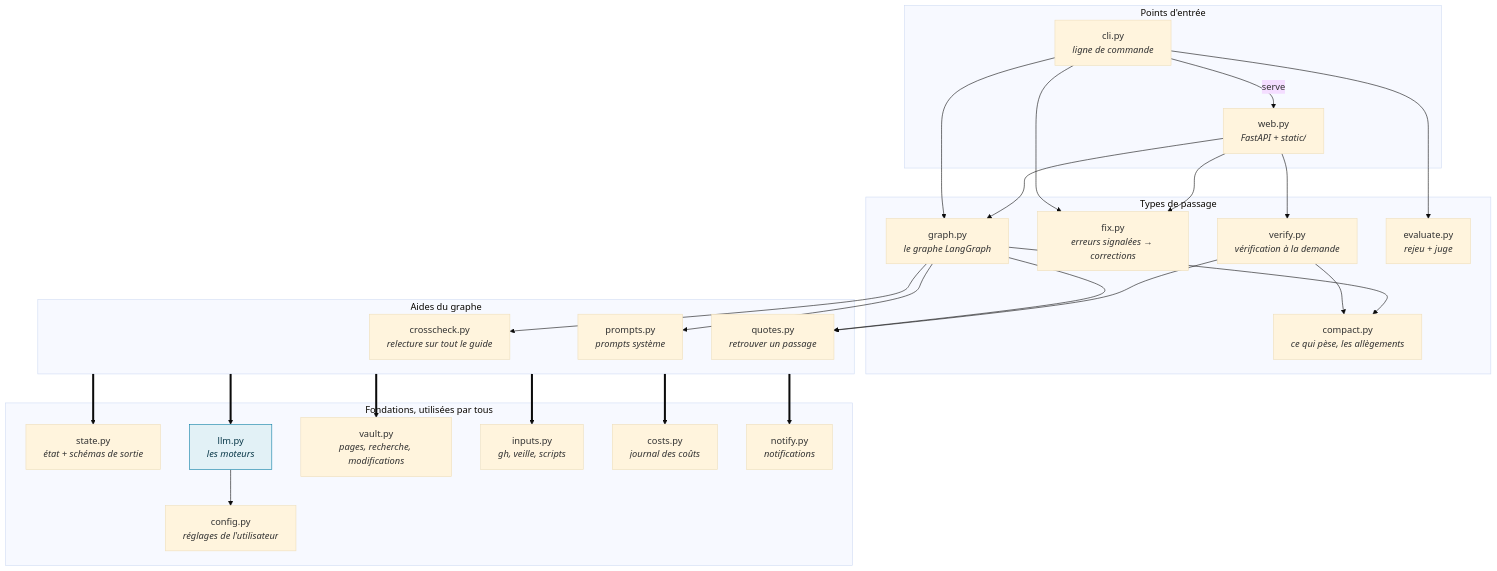
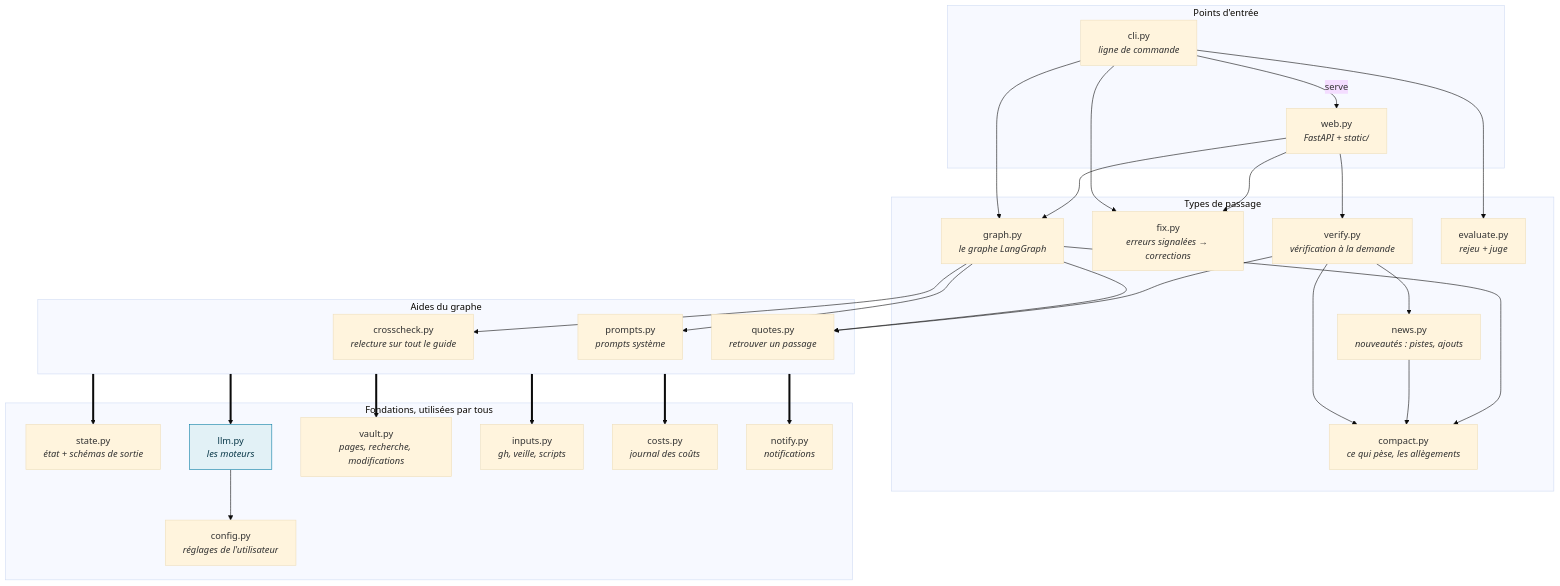
Before and after one commit to DamienBecherini/vault-watch-agent: the first of 6 diagrams in docs/code.fr.md, drawn with Mermaid (base theme). The commit also changed other lines of this file and 18 other files, not shown here.

````diff
--- a/docs/code.fr.md
+++ b/docs/code.fr.md
@@ -19,38 +19,40 @@
 ```mermaid
 flowchart TB
   subgraph entry["Points d'entrée"]
     cli["cli.py<br/><i>ligne de commande</i>"]
     web["web.py<br/><i>FastAPI + static/</i>"]
   end
   subgraph runs["Types de passage"]
     graphpy["graph.py<br/><i>le graphe LangGraph</i>"]
     fix["fix.py<br/><i>erreurs signalées → corrections</i>"]
     verify["verify.py<br/><i>vérification à la demande</i>"]
     compact["compact.py<br/><i>ce qui pèse, les allègements</i>"]
+    news["news.py<br/><i>nouveautés : pistes, ajouts</i>"]
     evaluate["evaluate.py<br/><i>rejeu + juge</i>"]
   end
   subgraph steps["Aides du graphe"]
     crosscheck["crosscheck.py<br/><i>relecture sur tout le guide</i>"]
     prompts["prompts.py<br/><i>prompts système</i>"]
     quotes["quotes.py<br/><i>retrouver un passage</i>"]
   end
   subgraph base["Fondations, utilisées par tous"]
     state["state.py<br/><i>état + schémas de sortie</i>"]
     llm["llm.py<br/><i>les moteurs</i>"]
     config["config.py<br/><i>réglages de l'utilisateur</i>"]
     vault["vault.py<br/><i>pages, recherche, modifications</i>"]
     inputs["inputs.py<br/><i>gh, veille, scripts</i>"]
     costs["costs.py<br/><i>journal des coûts</i>"]
     notify["notify.py<br/><i>notifications</i>"]
   end
   cli -->|"serve"| web
   cli --> graphpy & fix & evaluate
   web --> graphpy & fix & verify
   graphpy --> crosscheck & prompts & quotes
-  verify --> quotes & compact
+  verify --> quotes & compact & news
+  news --> compact
   graphpy --> compact
   steps ==> state & llm & vault & inputs & costs & notify
   llm --> config
   classDef model fill:#e2f1f6,stroke:#0a7ea4,color:#0b3a4a
   class llm model
 ```
````
